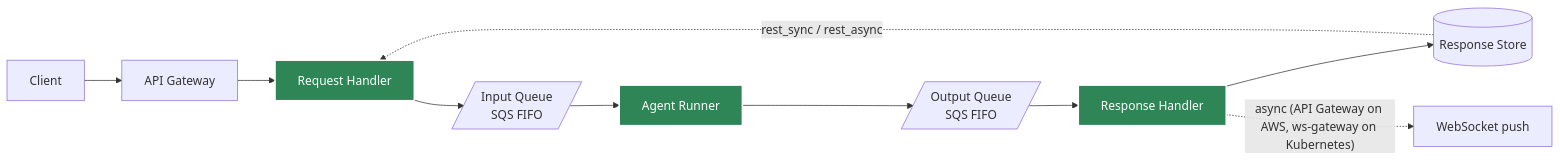
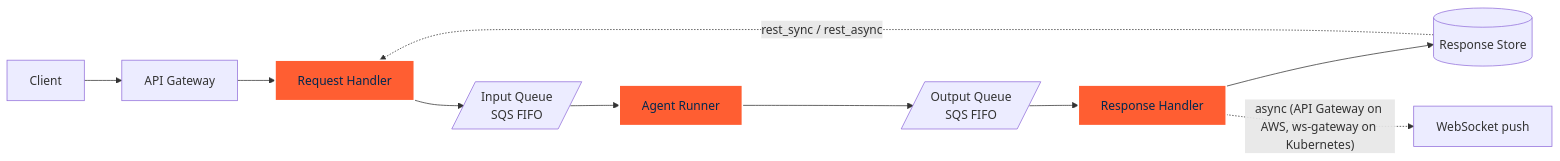
The second of 2 diagrams in docs/docs/deployment/overview.md (yaalalabs/agent-kernel), drawn with Mermaid before and after one commit. The commit also changed other lines of this file and 444 other files, not shown here.

````diff
--- a/docs/docs/deployment/overview.md
+++ b/docs/docs/deployment/overview.md
@@ -116,16 +116,16 @@
 ```mermaid
 graph LR
     CL[Client] --> GW[API Gateway]
     GW --> RH[Request Handler]
     RH --> IQ[/Input Queue<br/>SQS FIFO/]
     IQ --> AR[Agent Runner]
     AR --> OQ[/Output Queue<br/>SQS FIFO/]
     OQ --> RSH[Response Handler]
     RSH --> RS[(Response Store)]
     RS -.->|rest_sync / rest_async| RH
     RSH -.->|"async (API Gateway on AWS, ws-gateway on Kubernetes)"| WS[WebSocket push]
 
-    style RH fill:#2e8555,stroke:#fff,stroke-width:2px,color:#fff
-    style AR fill:#2e8555,stroke:#fff,stroke-width:2px,color:#fff
-    style RSH fill:#2e8555,stroke:#fff,stroke-width:2px,color:#fff
+    style RH fill:#FF5E32,stroke:#fff,stroke-width:2px,color:#02284F
+    style AR fill:#FF5E32,stroke:#fff,stroke-width:2px,color:#02284F
+    style RSH fill:#FF5E32,stroke:#fff,stroke-width:2px,color:#02284F
 ```
````
